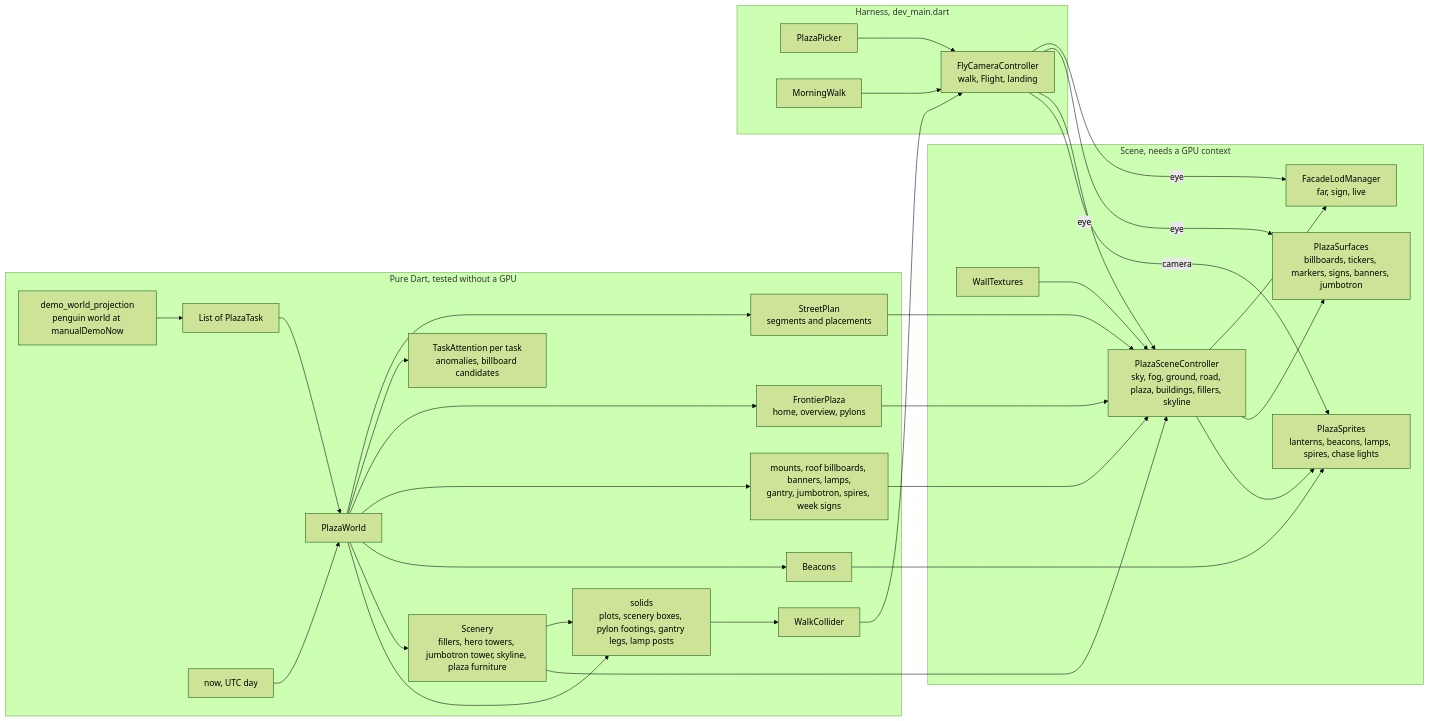
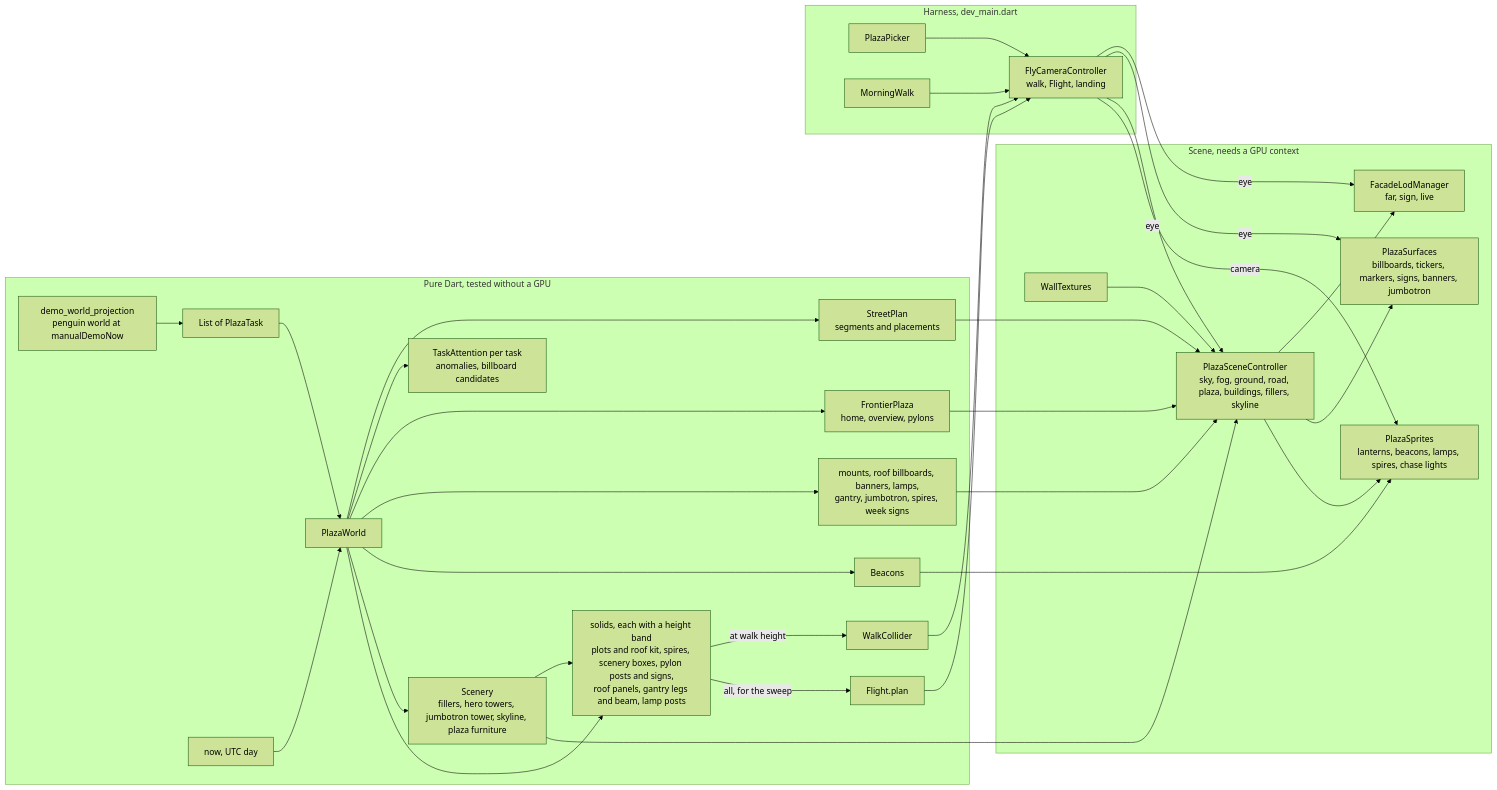
Before and after one commit to matthiasn/lotti: the first of 4 diagrams in knowledge/features/plaza.md, drawn with Mermaid (forest theme). The commit also changed other lines of this file and 20 other files, not shown here.

````diff
--- a/knowledge/features/plaza.md
+++ b/knowledge/features/plaza.md
@@ -99,37 +103,39 @@
 ```mermaid
 flowchart LR
   subgraph pure ["Pure Dart, tested without a GPU"]
     Demo["demo_world_projection<br/>penguin world at manualDemoNow"] --> Tasks["List of PlazaTask"]
     Tasks --> World["PlazaWorld"]
     Clock["now, UTC day"] --> World
     World --> Plan["StreetPlan<br/>segments and placements"]
     World --> Att["TaskAttention per task<br/>anomalies, billboard candidates"]
     World --> Plaza["FrontierPlaza<br/>home, overview, pylons"]
     World --> Overlays["mounts, roof billboards, banners, lamps,<br/>gantry, jumbotron, spires, week signs"]
     World --> Beacons["Beacons"]
     World --> Scenery["Scenery<br/>fillers, hero towers, jumbotron tower, skyline, plaza furniture"]
-    World --> Solids["solids<br/>plots, scenery boxes, pylon footings, gantry legs, lamp posts"]
+    World --> Solids["solids, each with a height band<br/>plots and roof kit, spires, scenery boxes, pylon posts and signs,<br/>roof panels, gantry legs and beam, lamp posts"]
     Scenery --> Solids
-    Solids --> Collider["WalkCollider"]
+    Solids -->|"at walk height"| Collider["WalkCollider"]
+    Solids -->|"all, for the sweep"| Flight["Flight.plan"]
   end
   subgraph scene ["Scene, needs a GPU context"]
     Plan --> Ctl["PlazaSceneController<br/>sky, fog, ground, road, plaza, buildings, fillers, skyline"]
     Scenery --> Ctl
     Plaza --> Ctl
     Overlays --> Ctl
     Walls["WallTextures"] --> Ctl
     Ctl --> LOD["FacadeLodManager<br/>far, sign, live"]
     Ctl --> Surfaces["PlazaSurfaces<br/>billboards, tickers, markers, signs, banners, jumbotron"]
     Ctl --> Sprites["PlazaSprites<br/>lanterns, beacons, lamps, spires, chase lights"]
     Beacons --> Sprites
   end
   subgraph harness ["Harness, dev_main.dart"]
     Cam["FlyCameraController<br/>walk, Flight, landing"] -->|eye| LOD
     Cam -->|eye| Surfaces
     Cam -->|eye| Ctl
     Cam -->|camera| Sprites
     Picker["PlazaPicker"] --> Cam
     Walk["MorningWalk"] --> Cam
     Collider --> Cam
+    Flight --> Cam
   end
 ```
````
